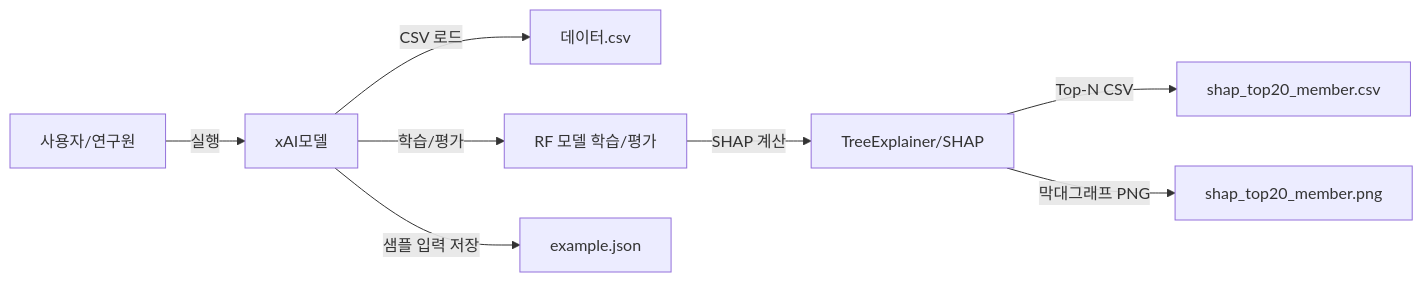
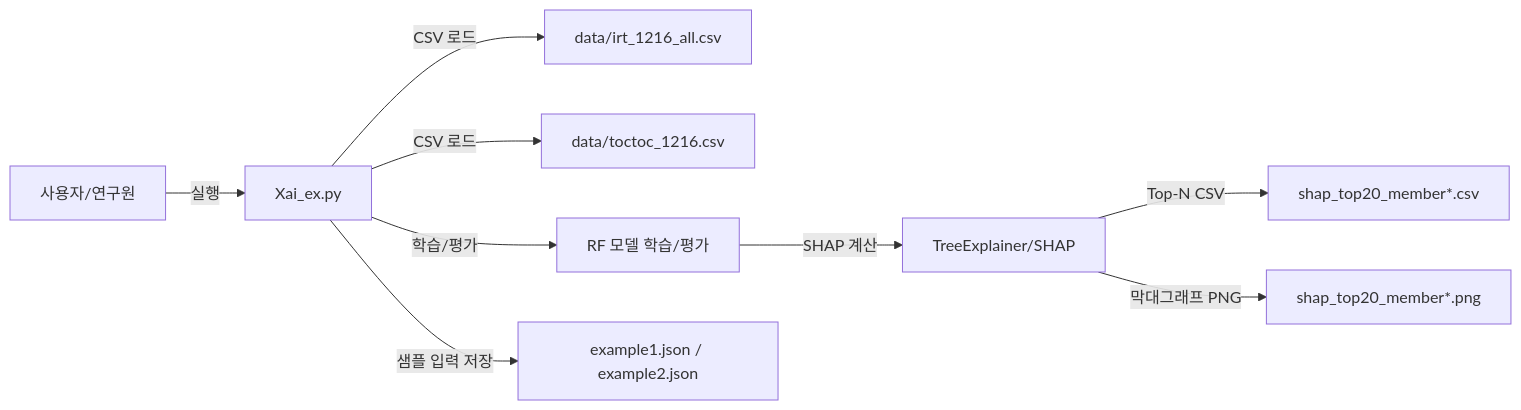
The first of 2 diagrams in 부록-B2_네트워크구성도_요약(mermaid).md (blueecho2014/docs), drawn with Mermaid before and after one commit. The commit also changed other lines of this file and 3 other files, not shown here.

````diff
--- a/부록-B2_네트워크구성도_요약(mermaid).md
+++ b/부록-B2_네트워크구성도_요약(mermaid).md
@@ -8,10 +8,11 @@
 ```mermaid
 flowchart LR
-  User[사용자/연구원] -->|실행| Script[xAI모델]
-  Script -->|CSV 로드| Data[데이터.csv]
+  User[사용자/연구원] -->|실행| Script[Xai_ex.py]
+  Script -->|CSV 로드| Data1[data/irt_1216_all.csv]
+  Script -->|CSV 로드| Data2[data/toctoc_1216.csv]
   Script -->|학습/평가| Model[RF 모델 학습/평가]
   Model -->|SHAP 계산| Shap[TreeExplainer/SHAP]
-  Shap -->|Top-N CSV| Out1[shap_top20_member.csv]
-  Shap -->|막대그래프 PNG| Out2[shap_top20_member.png]
-  Script -->|샘플 입력 저장| Out3[example.json]
+  Shap -->|Top-N CSV| Out1[shap_top20_member*.csv]
+  Shap -->|막대그래프 PNG| Out2[shap_top20_member*.png]
+  Script -->|샘플 입력 저장| Out3[example1.json / example2.json]
 ```
````
